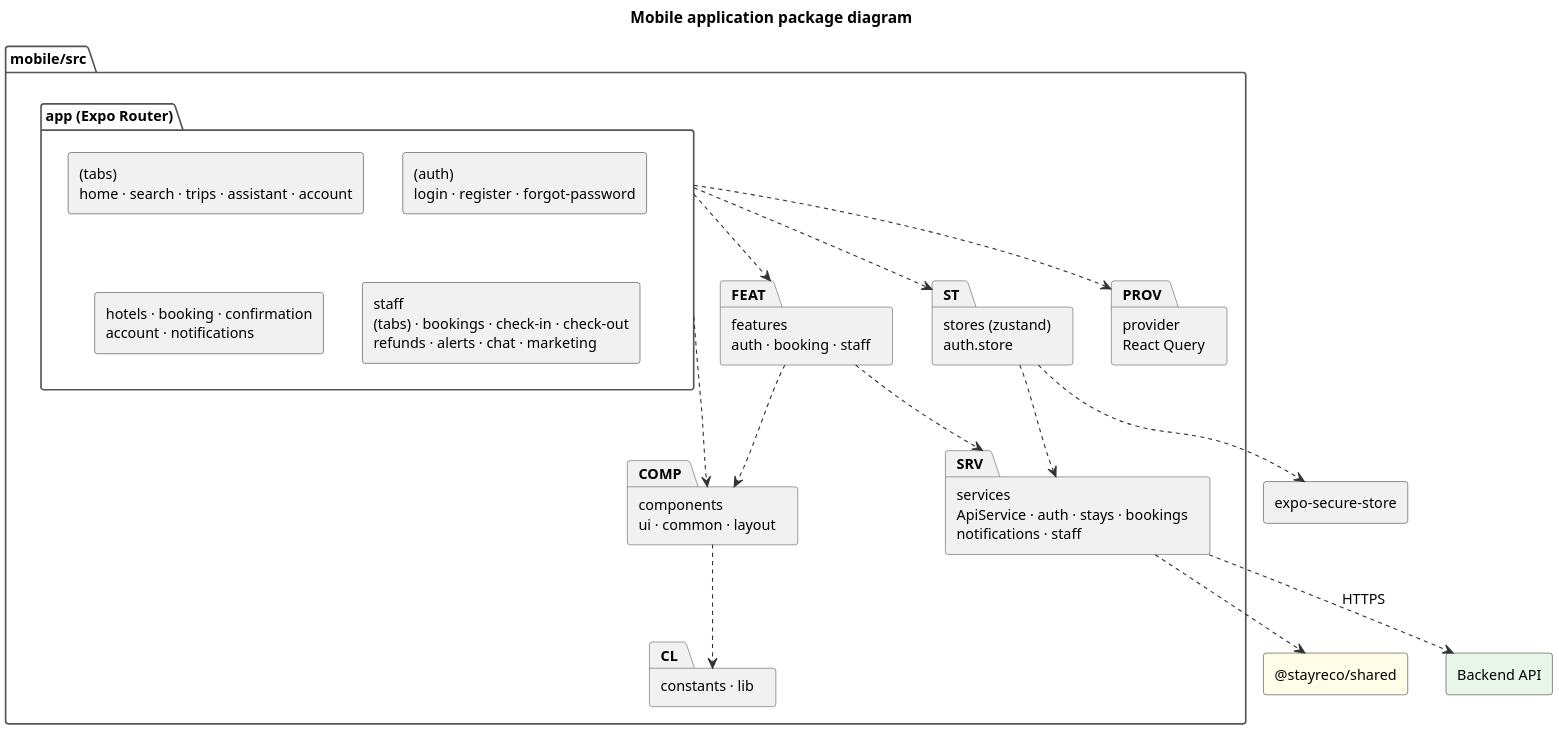
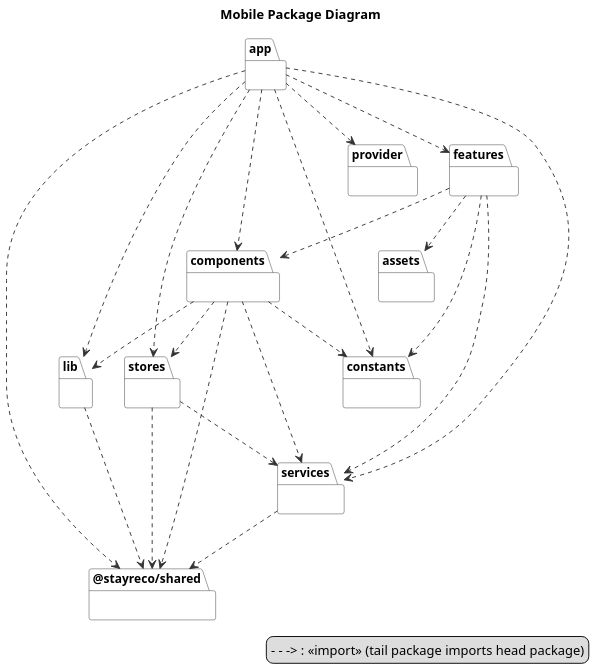
Before and after one commit to KnightChovy/stay-reco: the diagram in docs/diagrams/pkg_mobile_en.puml, drawn with PlantUML. The commit also changed 18 other files, not shown here.

First line of the commit message:
docs: diagram sources match every Report 4 figure

```diff
--- a/docs/diagrams/pkg_mobile_en.puml
+++ b/docs/diagrams/pkg_mobile_en.puml
@@ -1,43 +1,59 @@
 @startuml
-skinparam dpi 180
+' Mobile Package Diagram (Report 4, Figure 4). Generated from the imports of the code: an arrow means
+' "the tail package imports the head package".
+skinparam dpi 150
 skinparam shadowing false
 skinparam defaultFontName Helvetica
 skinparam defaultFontSize 13
 skinparam ArrowColor #333333
-skinparam componentStyle rectangle
-skinparam rectangle {
+skinparam packageStyle folder
+skinparam package {
   BorderColor #333333
+  BackgroundColor #FFFFFF
 }
-skinparam package {
-  BorderColor #555555
+title Mobile Package Diagram
+package "@stayreco/shared" as _stayreco_shared {
 }
-title Mobile application package diagram
-package "mobile/src" {
-  package "app (Expo Router)" as APP {
-    rectangle "(tabs)\nhome · search · trips · assistant · account" as A1
-    rectangle "(auth)\nlogin · register · forgot-password" as A2
-    rectangle "hotels · booking · confirmation\naccount · notifications" as A3
-    rectangle "staff\n(tabs) · bookings · check-in · check-out\nrefunds · alerts · chat · marketing" as A4
-  }
-  package "features\nauth · booking · staff" as FEAT
-  package "components\nui · common · layout" as COMP
-  package "services\nApiService · auth · stays · bookings\nnotifications · staff" as SRV
-  package "stores (zustand)\nauth.store" as ST
-  package "provider\nReact Query" as PROV
-  package "constants · lib" as CL
+package "app" as app {
 }
-rectangle "@stayreco/shared" as SH #FFFDE7
-rectangle "Backend API" as API #E8F5E9
-rectangle "expo-secure-store" as SEC
-APP ..> FEAT
-APP ..> COMP
-APP ..> PROV
-FEAT ..> COMP
-FEAT ..> SRV
-APP ..> ST
-ST ..> SRV
-ST ..> SEC
-SRV ..> API : HTTPS
-SRV ..> SH
-COMP ..> CL
+package "assets" as assets {
+}
+package "components" as components {
+}
+package "constants" as constants {
+}
+package "features" as features {
+}
+package "lib" as lib {
+}
+package "provider" as provider {
+}
+package "services" as services {
+}
+package "stores" as stores {
+}
+app ..> _stayreco_shared
+app ..> components
+app ..> constants
+app ..> features
+app ..> lib
+app ..> provider
+app ..> services
+app ..> stores
+components ..> _stayreco_shared
+components ..> constants
+components ..> lib
+components ..> services
+components ..> stores
+features ..> assets
+features ..> components
+features ..> constants
+features ..> services
+lib ..> _stayreco_shared
+services ..> _stayreco_shared
+stores ..> _stayreco_shared
+stores ..> services
+legend bottom right
+  - - -> : <<import>> (tail package imports head package)
+endlegend
 @enduml
```
